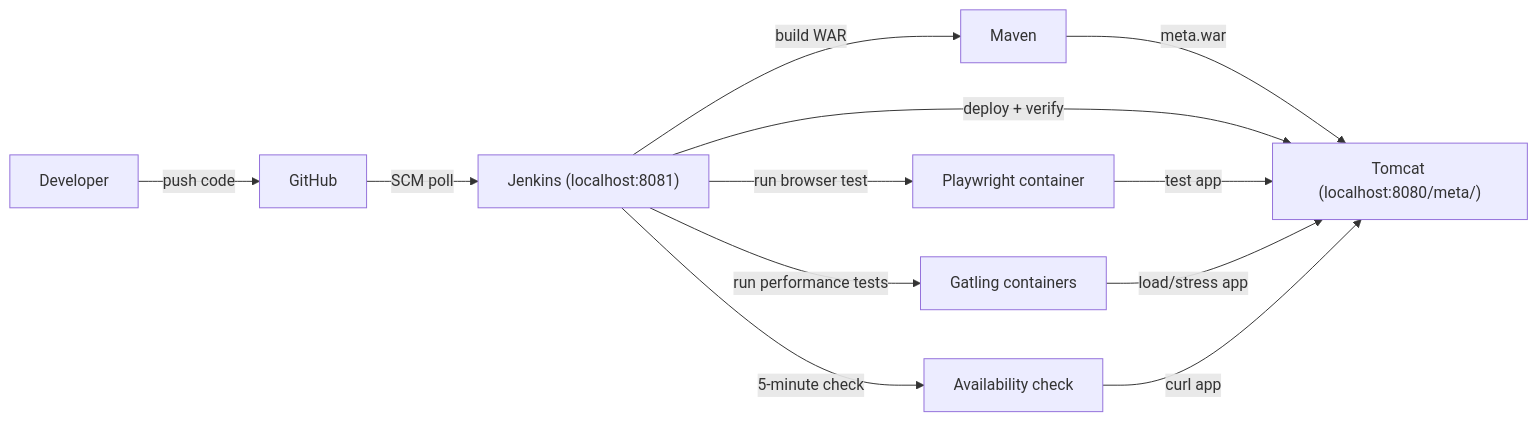
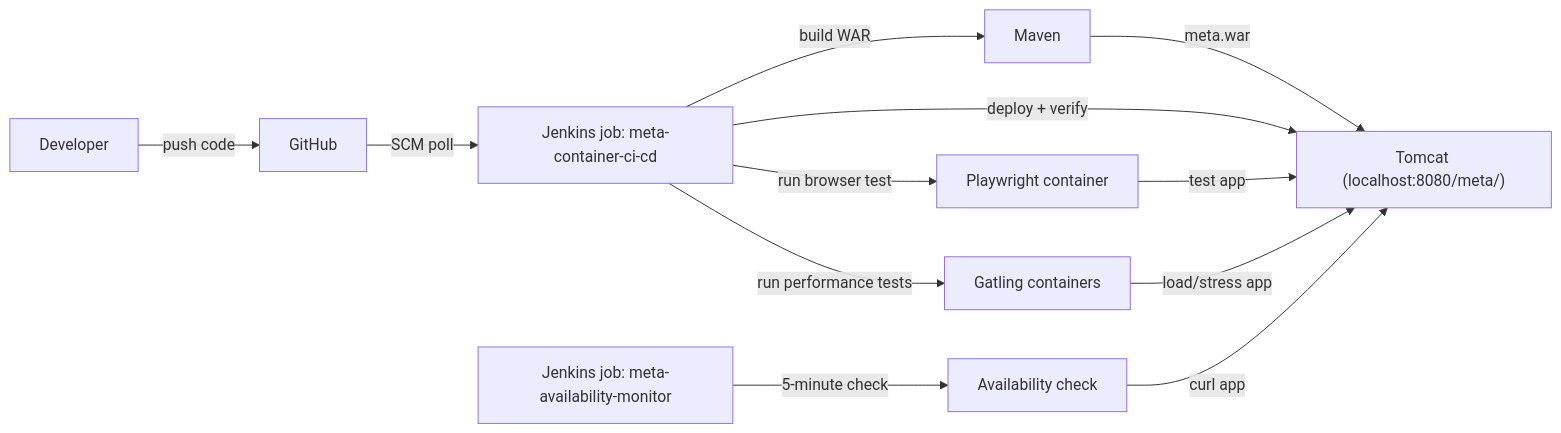
One commit to y0ncha/meta-final-project changed the first of 3 diagrams in docs/architecture.md. Above: the diagram before and after it, drawn with Mermaid. The commit also changed other lines of this file and 13 other files, not shown here.

````diff
--- a/docs/architecture.md
+++ b/docs/architecture.md
@@ -7,14 +7,14 @@
 ```mermaid
 flowchart LR
   Dev["Developer"] -->|push code| GitHub["GitHub"]
-  GitHub -->|SCM poll| Jenkins["Jenkins (localhost:8081)"]
-  Jenkins -->|build WAR| Maven["Maven"]
+  GitHub -->|SCM poll| CICD["Jenkins job: meta-container-ci-cd"]
+  CICD -->|build WAR| Maven["Maven"]
   Maven -->|meta.war| Tomcat["Tomcat (localhost:8080/meta/)"]
-  Jenkins -->|deploy + verify| Tomcat
-  Jenkins -->|run browser test| Playwright["Playwright container"]
+  CICD -->|deploy + verify| Tomcat
+  CICD -->|run browser test| Playwright["Playwright container"]
   Playwright -->|test app| Tomcat
-  Jenkins -->|run performance tests| Gatling["Gatling containers"]
+  CICD -->|run performance tests| Gatling["Gatling containers"]
   Gatling -->|load/stress app| Tomcat
-  Jenkins -->|5-minute check| Monitor["Availability check"]
+  MonitorJob["Jenkins job: meta-availability-monitor"] -->|5-minute check| Monitor["Availability check"]
   Monitor -->|curl app| Tomcat
 ```
````
